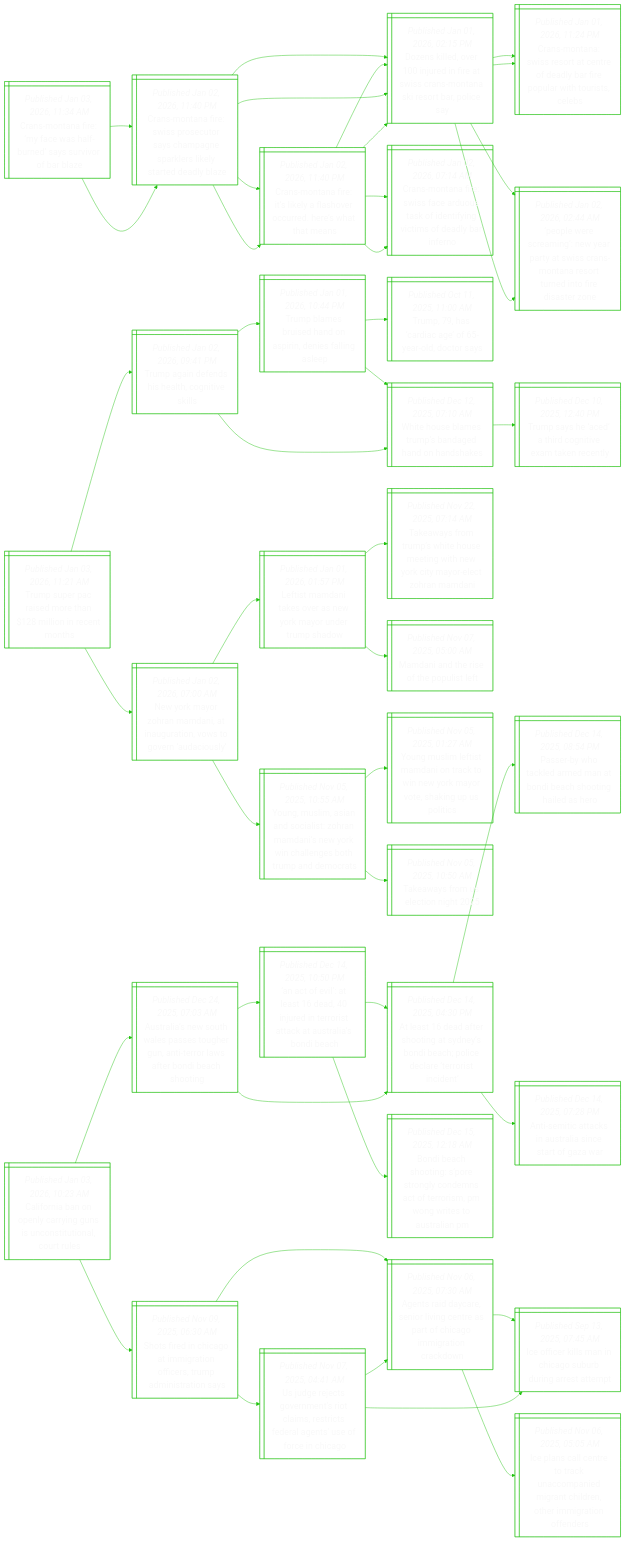
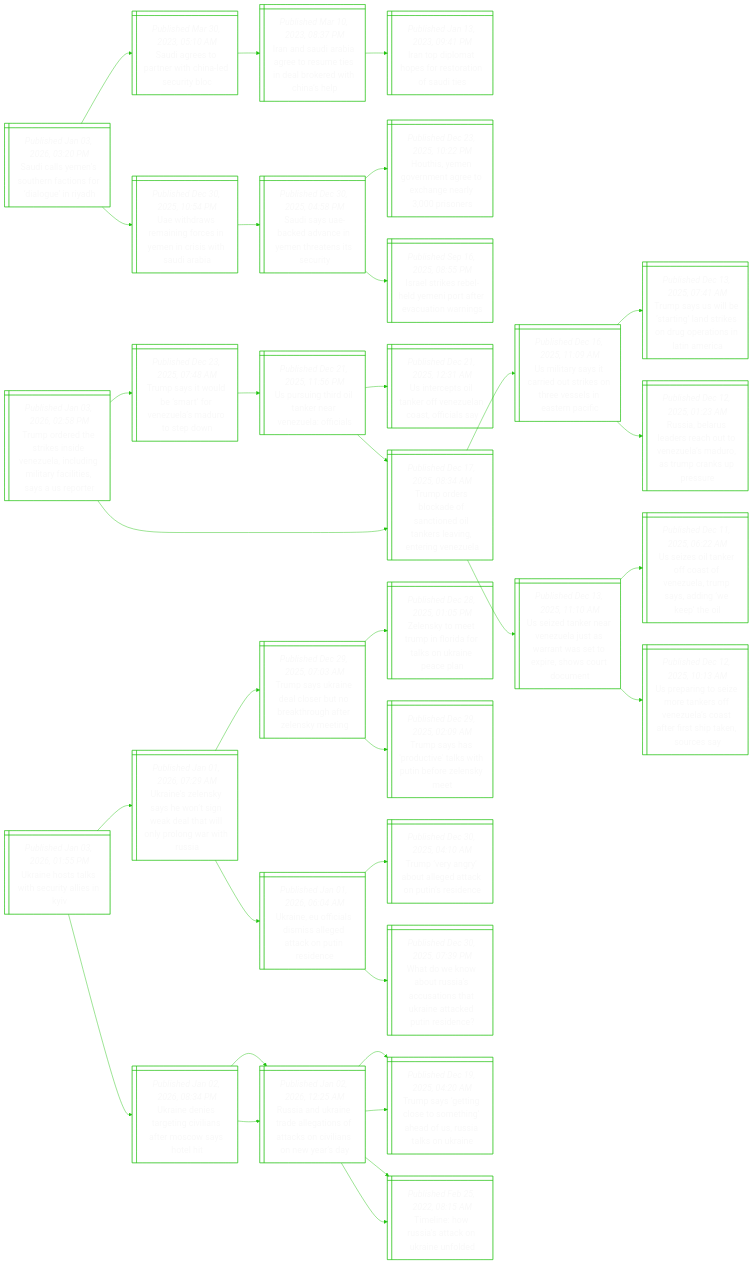
Before and after one commit to notJmes/notJmes: the diagram in README.md, drawn with Mermaid. The commit also changed other lines of this file, not shown here.

````diff
--- a/README.md
+++ b/README.md
@@ -16,139 +16,112 @@
 flowchart LR
 classDef txtsize font-size:20px;
 
-CMnechusuoaz@{ shape: win-pane, label: "_Published Jan 03, 2026, 11:34 AM_
-Crans-montana fire: ‘my face was half-burned’ says survivor of bar blaze" }
-CMnesercapektdlz@{ shape: win-pane, label: "_Published Jan 02, 2026, 11:40 PM_
-Crans-montana fire: swiss prosecutor says champagne sparklers likely started deadly blaze" }
-Dserrftssairpe@{ shape: win-pane, label: "_Published Jan 01, 2026, 02:15 PM_
-Dozens killed, over 100 injured in fire at swiss crans-montana ski resort bar, police say" }
-CMnsoceaaeltrcs@{ shape: win-pane, label: "_Published Jan 01, 2026, 11:24 PM_
-Crans-montana: swiss resort at centre of deadly bar fire popular with tourists, celebs" }
-Pesmeryianrteodtn@{ shape: win-pane, label: "_Published Jan 02, 2026, 02:44 AM_
-‘people were screaming’: new year party at swiss crans-montana resort turned into fire disaster zone" }
-CMneiahorrats@{ shape: win-pane, label: "_Published Jan 02, 2026, 11:40 PM_
-Crans-montana fire: it’s likely a flashover occurred. here’s what that means" }
-Dserrftssairpe@{ shape: win-pane, label: "_Published Jan 01, 2026, 02:15 PM_
-Dozens killed, over 100 injured in fire at swiss crans-montana ski resort bar, police say" }
-CMnesaukeyisaae@{ shape: win-pane, label: "_Published Jan 02, 2026, 07:14 AM_
-Crans-montana fire: swiss face arduous task of identifying victims of deadly bar inferno" }
-CMnesercapektdlz@{ shape: win-pane, label: "_Published Jan 02, 2026, 11:40 PM_
-Crans-montana fire: swiss prosecutor says champagne sparklers likely started deadly blaze" }
-Dserrftssairpe@{ shape: win-pane, label: "_Published Jan 01, 2026, 02:15 PM_
-Dozens killed, over 100 injured in fire at swiss crans-montana ski resort bar, police say" }
-CMnsoceaaeltrcs@{ shape: win-pane, label: "_Published Jan 01, 2026, 11:24 PM_
-Crans-montana: swiss resort at centre of deadly bar fire popular with tourists, celebs" }
-Pesmeryianrteodtn@{ shape: win-pane, label: "_Published Jan 02, 2026, 02:44 AM_
-‘people were screaming’: new year party at swiss crans-montana resort turned into fire disaster zone" }
-CMneiahorrats@{ shape: win-pane, label: "_Published Jan 02, 2026, 11:40 PM_
-Crans-montana fire: it’s likely a flashover occurred. here’s what that means" }
-Dserrftssairpe@{ shape: win-pane, label: "_Published Jan 01, 2026, 02:15 PM_
-Dozens killed, over 100 injured in fire at swiss crans-montana ski resort bar, police say" }
-CMnesaukeyisaae@{ shape: win-pane, label: "_Published Jan 02, 2026, 07:14 AM_
-Crans-montana fire: swiss face arduous task of identifying victims of deadly bar inferno" }
+ScYshandgRh@{ shape: win-pane, label: "_Published Jan 03, 2026, 03:20 PM_
+Saudi calls yemen’s southern factions for ‘dialogue’ in riyadh" }
+Sasrwheub@{ shape: win-pane, label: "_Published Mar 30, 2023, 05:10 AM_
+Saudi agrees to partner with china-led security bloc" }
+Indbrreileiie@{ shape: win-pane, label: "_Published Mar 10, 2023, 08:37 PM_
+Iran and saudi arabia agree to resume ties in deal brokered with china’s help" }
+Iolhfstfi@{ shape: win-pane, label: "_Published Jan 13, 2023, 09:41 PM_
+Iran top diplomat hopes for restoration of saudi ties" }
+Utwageenihii@{ shape: win-pane, label: "_Published Dec 30, 2025, 10:54 PM_
+Uae withdraws remaining forces in yemen in crisis with saudi arabia" }
+SsAkvieeset@{ shape: win-pane, label: "_Published Dec 30, 2025, 04:58 PM_
+Saudi says uae-backed advance in yemen threatens its security" }
+Hieenexgrir@{ shape: win-pane, label: "_Published Dec 23, 2025, 10:22 PM_
+Houthis, yemen government agree to exchange nearly 3,000 prisoners" }
+Ilkblerecon@{ shape: win-pane, label: "_Published Sep 16, 2025, 08:55 PM_
+Israel strikes rebel-held yemeni port after evacuation warnings" }
 
-CMnechusuoaz:::txtsize --> CMnesercapektdlz:::txtsize
-CMnesercapektdlz:::txtsize --> Dserrftssairpe:::txtsize
-Dserrftssairpe:::txtsize --> CMnsoceaaeltrcs:::txtsize
-Dserrftssairpe:::txtsize --> Pesmeryianrteodtn:::txtsize
-CMnesercapektdlz:::txtsize --> CMneiahorrats:::txtsize
-CMneiahorrats:::txtsize --> Dserrftssairpe:::txtsize
-CMneiahorrats:::txtsize --> CMnesaukeyisaae:::txtsize
-CMnechusuoaz:::txtsize --> CMnesercapektdlz:::txtsize
-CMnesercapektdlz:::txtsize --> Dserrftssairpe:::txtsize
-Dserrftssairpe:::txtsize --> CMnsoceaaeltrcs:::txtsize
-Dserrftssairpe:::txtsize --> Pesmeryianrteodtn:::txtsize
-CMnesercapektdlz:::txtsize --> CMneiahorrats:::txtsize
-CMneiahorrats:::txtsize --> Dserrftssairpe:::txtsize
-CMneiahorrats:::txtsize --> CMnesaukeyisaae:::txtsize
+ScYshandgRh:::txtsize --> Sasrwheub:::txtsize
+Sasrwheub:::txtsize --> Indbrreileiie:::txtsize
+Indbrreileiie:::txtsize --> Iolhfstfi:::txtsize
+ScYshandgRh:::txtsize --> Utwageenihii:::txtsize
+Utwageenihii:::txtsize --> SsAkvieeset:::txtsize
+SsAkvieeset:::txtsize --> Hieenexgrir:::txtsize
+SsAkvieeset:::txtsize --> Ilkblerecon:::txtsize
 
-TsPioalnnt@{ shape: win-pane, label: "_Published Jan 03, 2026, 11:21 AM_
-Trump super pac raised more than $128 million in recent months" }
-Taddhhiss@{ shape: win-pane, label: "_Published Jan 02, 2026, 09:41 PM_
-Trump again defends his health, cognitive skills" }
-Tbssnsnels@{ shape: win-pane, label: "_Published Jan 01, 2026, 10:44 PM_
-Trump blames bruised hand on aspirin, denies falling asleep" }
-Thraylty@{ shape: win-pane, label: "_Published Oct 11, 2025, 11:00 AM_
-Trump, 79, has ‘cardiac age’ of 65-year-old, doctor says" }
-WHbspdhnss@{ shape: win-pane, label: "_Published Dec 12, 2025, 07:10 AM_
-White house blames trump’s bandaged hand on handshakes" }
-WHbspdhnss@{ shape: win-pane, label: "_Published Dec 12, 2025, 07:10 AM_
-White house blames trump’s bandaged hand on handshakes" }
-Tseadieael@{ shape: win-pane, label: "_Published Dec 10, 2025, 12:40 PM_
-Trump says he ‘aced’ a third cognitive exam taken recently" }
-Nrormautogncl@{ shape: win-pane, label: "_Published Jan 02, 2026, 07:00 AM_
-New york mayor zohran mamdani, at inauguration, vows to govern ‘audaciously’" }
-LsdavNroemd@{ shape: win-pane, label: "_Published Jan 01, 2026, 01:57 PM_
-Leftist mamdani takes over as new york mayor under trump shadow" }
-TwruhoegNryrtad@{ shape: win-pane, label: "_Published Nov 22, 2025, 07:14 AM_
-Takeaways from trump’s white house meeting with new york city mayor-elect zohran mamdani" }
-Mntshul@{ shape: win-pane, label: "_Published Nov 07, 2025, 05:00 AM_
-Mamdani and the rise of the populist left" }
-YMmnoihaiYilehpea@{ shape: win-pane, label: "_Published Nov 05, 2025, 10:55 AM_
-Young, muslim, asian and socialist: zohran mamdani’s new york win challenges both trump and democrats" }
-YMmimociYaoauoc@{ shape: win-pane, label: "_Published Nov 05, 2025, 01:27 AM_
-Young muslim leftist mamdani on track to win new york mayor vote, shaking up us politics" }
-Twreig@{ shape: win-pane, label: "_Published Nov 05, 2025, 10:50 AM_
-Takeaways from us election night 2025" }
+ToeseinllgtataSr@{ shape: win-pane, label: "_Published Jan 03, 2026, 02:58 PM_
+Trump ordered the strikes inside venezuela, including military facilities, says a us reporter" }
+Tstdarzsrtw@{ shape: win-pane, label: "_Published Dec 23, 2025, 07:48 AM_
+Trump says it would be ‘smart’ for venezuela’s maduro to step down" }
+Ustonenlis@{ shape: win-pane, label: "_Published Dec 21, 2025, 11:56 PM_
+Us pursuing third oil tanker near venezuela: officials" }
+Uettreeofay@{ shape: win-pane, label: "_Published Dec 21, 2025, 12:31 AM_
+Us intercepts oil tanker off venezuelan coast, officials say" }
+Toskftdasitgz@{ shape: win-pane, label: "_Published Dec 17, 2025, 08:34 AM_
+Trump orders blockade of sanctioned oil tankers leaving, entering venezuela" }
+Toskftdasitgz@{ shape: win-pane, label: "_Published Dec 17, 2025, 08:34 AM_
+Trump orders blockade of sanctioned oil tankers leaving, entering venezuela" }
+Uistitktvlanf@{ shape: win-pane, label: "_Published Dec 16, 2025, 11:09 AM_
+Us military says it carried out strikes on three vessels in eastern pacific" }
+TsSbrltsurnama@{ shape: win-pane, label: "_Published Dec 13, 2025, 07:41 AM_
+Trump says us will be ‘starting’ land strikes on drug operations in latin america" }
+RararoVuMouaps@{ shape: win-pane, label: "_Published Dec 12, 2025, 01:23 AM_
+Russia, belarus leaders reach out to venezuela’s maduro, as trump cranks up pressure" }
+Uznenltrwtphoon@{ shape: win-pane, label: "_Published Dec 13, 2025, 11:10 AM_
+Us seized tanker near venezuela just as warrant was set to expire, shows court document" }
+Uzlecoeapageo@{ shape: win-pane, label: "_Published Dec 11, 2025, 06:22 AM_
+Us seizes oil tanker off coast of venezuela, trump says, adding ‘we keep’ the oil" }
+Upgirkfeasespncy@{ shape: win-pane, label: "_Published Dec 12, 2025, 10:13 AM_
+Us preparing to seize more tankers off venezuela’s coast after first ship taken, sources say" }
 
-TsPioalnnt:::txtsize --> Taddhhiss:::txtsize
-Taddhhiss:::txtsize --> Tbssnsnels:::txtsize
-Tbssnsnels:::txtsize --> Thraylty:::txtsize
-Tbssnsnels:::txtsize --> WHbspdhnss:::txtsize
-Taddhhiss:::txtsize --> WHbspdhnss:::txtsize
-WHbspdhnss:::txtsize --> Tseadieael:::txtsize
-TsPioalnnt:::txtsize --> Nrormautogncl:::txtsize
-Nrormautogncl:::txtsize --> LsdavNroemd:::txtsize
-LsdavNroemd:::txtsize --> TwruhoegNryrtad:::txtsize
-LsdavNroemd:::txtsize --> Mntshul:::txtsize
-Nrormautogncl:::txtsize --> YMmnoihaiYilehpea:::txtsize
-YMmnoihaiYilehpea:::txtsize --> YMmimociYaoauoc:::txtsize
-YMmnoihaiYilehpea:::txtsize --> Twreig:::txtsize
+ToeseinllgtataSr:::txtsize --> Tstdarzsrtw:::txtsize
+Tstdarzsrtw:::txtsize --> Ustonenlis:::txtsize
+Ustonenlis:::txtsize --> Uettreeofay:::txtsize
+Ustonenlis:::txtsize --> Toskftdasitgz:::txtsize
+ToeseinllgtataSr:::txtsize --> Toskftdasitgz:::txtsize
+Toskftdasitgz:::txtsize --> Uistitktvlanf:::txtsize
+Uistitktvlanf:::txtsize --> TsSbrltsurnama:::txtsize
+Uistitktvlanf:::txtsize --> RararoVuMouaps:::txtsize
+Toskftdasitgz:::txtsize --> Uznenltrwtphoon:::txtsize
+Uznenltrwtphoon:::txtsize --> Uzlecoeapageo:::txtsize
+Uznenltrwtphoon:::txtsize --> Upgirkfeasespncy:::txtsize
 
-Coboyyuustlts@{ shape: win-pane, label: "_Published Jan 03, 2026, 10:23 AM_
-California ban on openly carrying guns is unconstitutional, court rules" }
-AaNulsornratnaog@{ shape: win-pane, label: "_Published Dec 24, 2025, 07:03 AM_
-Australia’s new south wales passes tougher gun, anti-terror laws after bondi beach shooting" }
-Aolaaunoaksina@{ shape: win-pane, label: "_Published Dec 14, 2025, 10:50 PM_
-‘an act of evil’: at least 16 dead, 40 injured in terrorist attack at australia’s bondi beach" }
-Asdrttenaleeoie@{ shape: win-pane, label: "_Published Dec 14, 2025, 04:30 PM_
-At least 16 dead after shooting at sydney’s bondi beach; police declare ‘terrorist incident’" }
-BBsioryeceiWrtta@{ shape: win-pane, label: "_Published Dec 15, 2025, 12:18 AM_
-Bondi beach shooting: s’pore strongly condemns act of terrorism, pm wong writes to australian pm" }
-Asdrttenaleeoie@{ shape: win-pane, label: "_Published Dec 14, 2025, 04:30 PM_
-At least 16 dead after shooting at sydney’s bondi beach; police declare ‘terrorist incident’" }
-Prolmnnaogee@{ shape: win-pane, label: "_Published Dec 14, 2025, 08:54 PM_
-Passer-by who tackled armed man at bondi beach shooting hailed as hero" }
-AeccAaitfw@{ shape: win-pane, label: "_Published Dec 14, 2025, 07:28 PM_
-Anti-semitic attacks in australia since start of gaza war" }
-SfictgoiTaita@{ shape: win-pane, label: "_Published Nov 09, 2025, 06:30 AM_
-Shots fired in chicago at immigration officers, trump administration says" }
-Asdriveatiirnk@{ shape: win-pane, label: "_Published Nov 06, 2025, 07:30 AM_
-Agents raid daycare, senior living centre as part of chicago immigration crackdown" }
-IfkmCgurrap@{ shape: win-pane, label: "_Published Sep 13, 2025, 07:45 AM_
-Ice officer kills man in chicago suburb during arrest attempt" }
-Ialttuoigcrhmtfe@{ shape: win-pane, label: "_Published Nov 06, 2025, 05:05 AM_
-Ice plans call centre to track unaccompanied migrant children, other immigration offenders" }
-Ugeomrlrieltocho@{ shape: win-pane, label: "_Published Nov 07, 2025, 04:41 AM_
-Us judge rejects government's riot claims, restricts federal agents' use of force in chicago" }
-IfkmCgurrap@{ shape: win-pane, label: "_Published Sep 13, 2025, 07:45 AM_
-Ice officer kills man in chicago suburb during arrest attempt" }
-Asdriveatiirnk@{ shape: win-pane, label: "_Published Nov 06, 2025, 07:30 AM_
-Agents raid daycare, senior living centre as part of chicago immigration crackdown" }
+Untkhrliv@{ shape: win-pane, label: "_Published Jan 03, 2026, 01:55 PM_
+Ukraine hosts talks with security allies in kyiv" }
+Unlyhtwealpnwu@{ shape: win-pane, label: "_Published Jan 01, 2026, 07:29 AM_
+Ukraine’s zelensky says he won’t sign weak deal that will only prolong war with russia" }
+Tskecrokutlyi@{ shape: win-pane, label: "_Published Dec 29, 2025, 07:03 AM_
+Trump says ukraine deal closer but no breakthrough after zelensky meeting" }
+Zsmrnirsrpp@{ shape: win-pane, label: "_Published Dec 28, 2025, 01:05 PM_
+Zelensky to meet trump in florida for talks on ukraine peace plan" }
+Tsadvkhnrem@{ shape: win-pane, label: "_Published Dec 29, 2025, 02:09 AM_
+Trump says has 'productive' talks with putin before zelensky meet" }
+UnfasaeaPre@{ shape: win-pane, label: "_Published Jan 01, 2026, 06:04 AM_
+Ukraine, eu officials dismiss alleged attack on putin residence" }
+Tvnbldcure@{ shape: win-pane, label: "_Published Dec 30, 2025, 04:10 AM_
+Trump ‘very angry’ about alleged attack on putin’s residence" }
+Woouscttkecuen@{ shape: win-pane, label: "_Published Dec 30, 2025, 07:39 PM_
+What do we know about russia’s accusations that ukraine attacked putin residence?" }
+Unirnisrosl@{ shape: win-pane, label: "_Published Jan 02, 2026, 08:34 PM_
+Ukraine denies targeting civilians after moscow says hotel hit" }
+Rakeegntsvner@{ shape: win-pane, label: "_Published Jan 02, 2026, 12:25 AM_
+Russia and ukraine trade allegations of attacks on civilians on new year’s day" }
+TsegemnaSikke@{ shape: win-pane, label: "_Published Dec 19, 2025, 04:20 AM_
+Trump says ‘getting close to something’ ahead of us, russia talks on ukraine" }
+Tiwitnifd@{ shape: win-pane, label: "_Published Feb 25, 2022, 08:15 AM_
+Timeline: how russia's attack on ukraine unfolded" }
+Rakeegntsvner@{ shape: win-pane, label: "_Published Jan 02, 2026, 12:25 AM_
+Russia and ukraine trade allegations of attacks on civilians on new year’s day" }
+TsegemnaSikke@{ shape: win-pane, label: "_Published Dec 19, 2025, 04:20 AM_
+Trump says ‘getting close to something’ ahead of us, russia talks on ukraine" }
+Tiwitnifd@{ shape: win-pane, label: "_Published Feb 25, 2022, 08:15 AM_
+Timeline: how russia's attack on ukraine unfolded" }
 
-Coboyyuustlts:::txtsize --> AaNulsornratnaog:::txtsize
-AaNulsornratnaog:::txtsize --> Aolaaunoaksina:::txtsize
-Aolaaunoaksina:::txtsize --> Asdrttenaleeoie:::txtsize
-Aolaaunoaksina:::txtsize --> BBsioryeceiWrtta:::txtsize
-AaNulsornratnaog:::txtsize --> Asdrttenaleeoie:::txtsize
-Asdrttenaleeoie:::txtsize --> Prolmnnaogee:::txtsize
-Asdrttenaleeoie:::txtsize --> AeccAaitfw:::txtsize
-Coboyyuustlts:::txtsize --> SfictgoiTaita:::txtsize
-SfictgoiTaita:::txtsize --> Asdriveatiirnk:::txtsize
-Asdriveatiirnk:::txtsize --> IfkmCgurrap:::txtsize
-Asdriveatiirnk:::txtsize --> Ialttuoigcrhmtfe:::txtsize
-SfictgoiTaita:::txtsize --> Ugeomrlrieltocho:::txtsize
-Ugeomrlrieltocho:::txtsize --> IfkmCgurrap:::txtsize
-Ugeomrlrieltocho:::txtsize --> Asdriveatiirnk:::txtsize
+Untkhrliv:::txtsize --> Unlyhtwealpnwu:::txtsize
+Unlyhtwealpnwu:::txtsize --> Tskecrokutlyi:::txtsize
+Tskecrokutlyi:::txtsize --> Zsmrnirsrpp:::txtsize
+Tskecrokutlyi:::txtsize --> Tsadvkhnrem:::txtsize
+Unlyhtwealpnwu:::txtsize --> UnfasaeaPre:::txtsize
+UnfasaeaPre:::txtsize --> Tvnbldcure:::txtsize
+UnfasaeaPre:::txtsize --> Woouscttkecuen:::txtsize
+Untkhrliv:::txtsize --> Unirnisrosl:::txtsize
+Unirnisrosl:::txtsize --> Rakeegntsvner:::txtsize
+Rakeegntsvner:::txtsize --> TsegemnaSikke:::txtsize
+Rakeegntsvner:::txtsize --> Tiwitnifd:::txtsize
+Unirnisrosl:::txtsize --> Rakeegntsvner:::txtsize
+Rakeegntsvner:::txtsize --> TsegemnaSikke:::txtsize
+Rakeegntsvner:::txtsize --> Tiwitnifd:::txtsize
 
 ```
````
